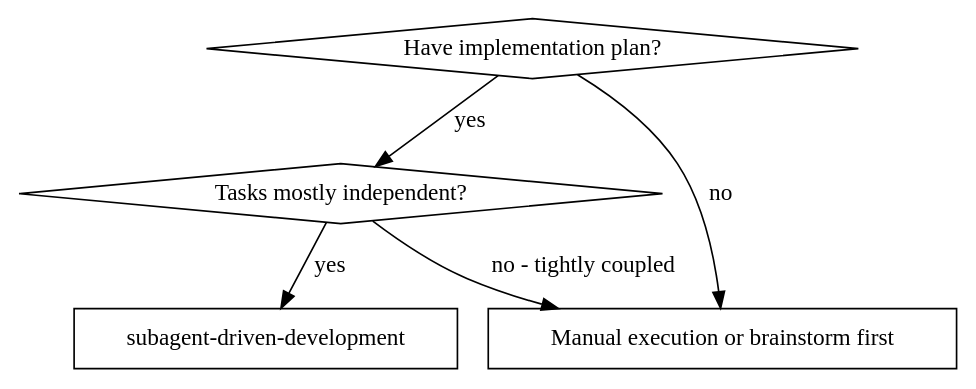
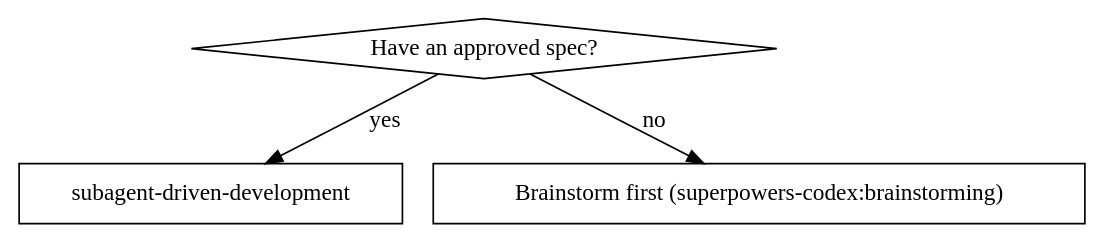
The first of 2 diagrams in skills/subagent-driven-development/SKILL.md (stu43005/superpowers-codex), drawn with Graphviz before and after one commit. The commit also changed other lines of this file, not shown here.

First line of the commit message:
feat!: execute approved specs directly without an implementation plan

````diff
--- a/skills/subagent-driven-development/SKILL.md
+++ b/skills/subagent-driven-development/SKILL.md
@@ -18,13 +22,10 @@
 ```dot
 digraph when_to_use {
-    "Have implementation plan?" [shape=diamond];
-    "Tasks mostly independent?" [shape=diamond];
+    "Have an approved spec?" [shape=diamond];
     "subagent-driven-development" [shape=box];
-    "Manual execution or brainstorm first" [shape=box];
+    "Brainstorm first (superpowers-codex:brainstorming)" [shape=box];
 
-    "Have implementation plan?" -> "Tasks mostly independent?" [label="yes"];
-    "Have implementation plan?" -> "Manual execution or brainstorm first" [label="no"];
-    "Tasks mostly independent?" -> "subagent-driven-development" [label="yes"];
-    "Tasks mostly independent?" -> "Manual execution or brainstorm first" [label="no - tightly coupled"];
+    "Have an approved spec?" -> "subagent-driven-development" [label="yes"];
+    "Have an approved spec?" -> "Brainstorm first (superpowers-codex:brainstorming)" [label="no"];
 }
 ```
````
